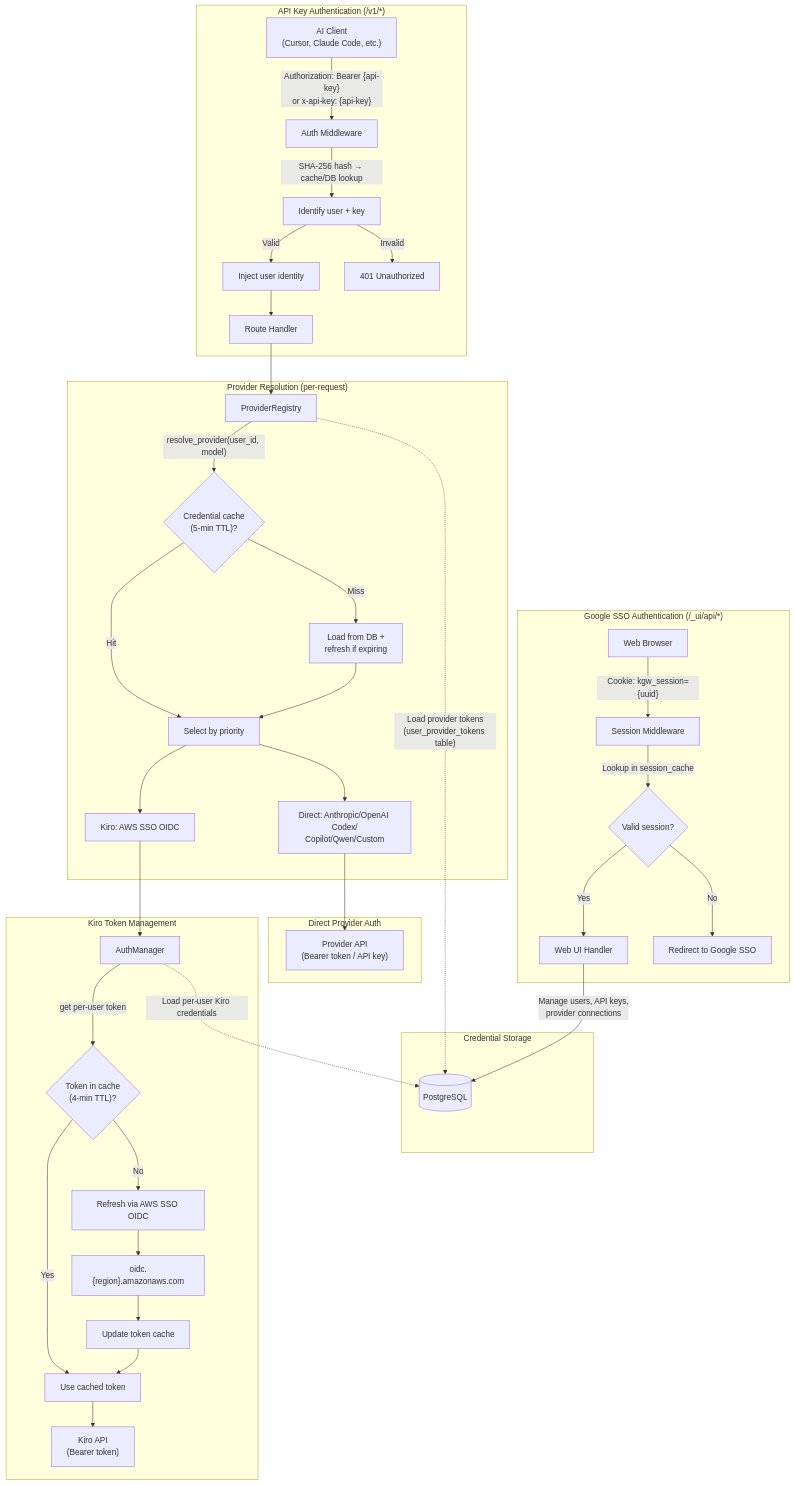
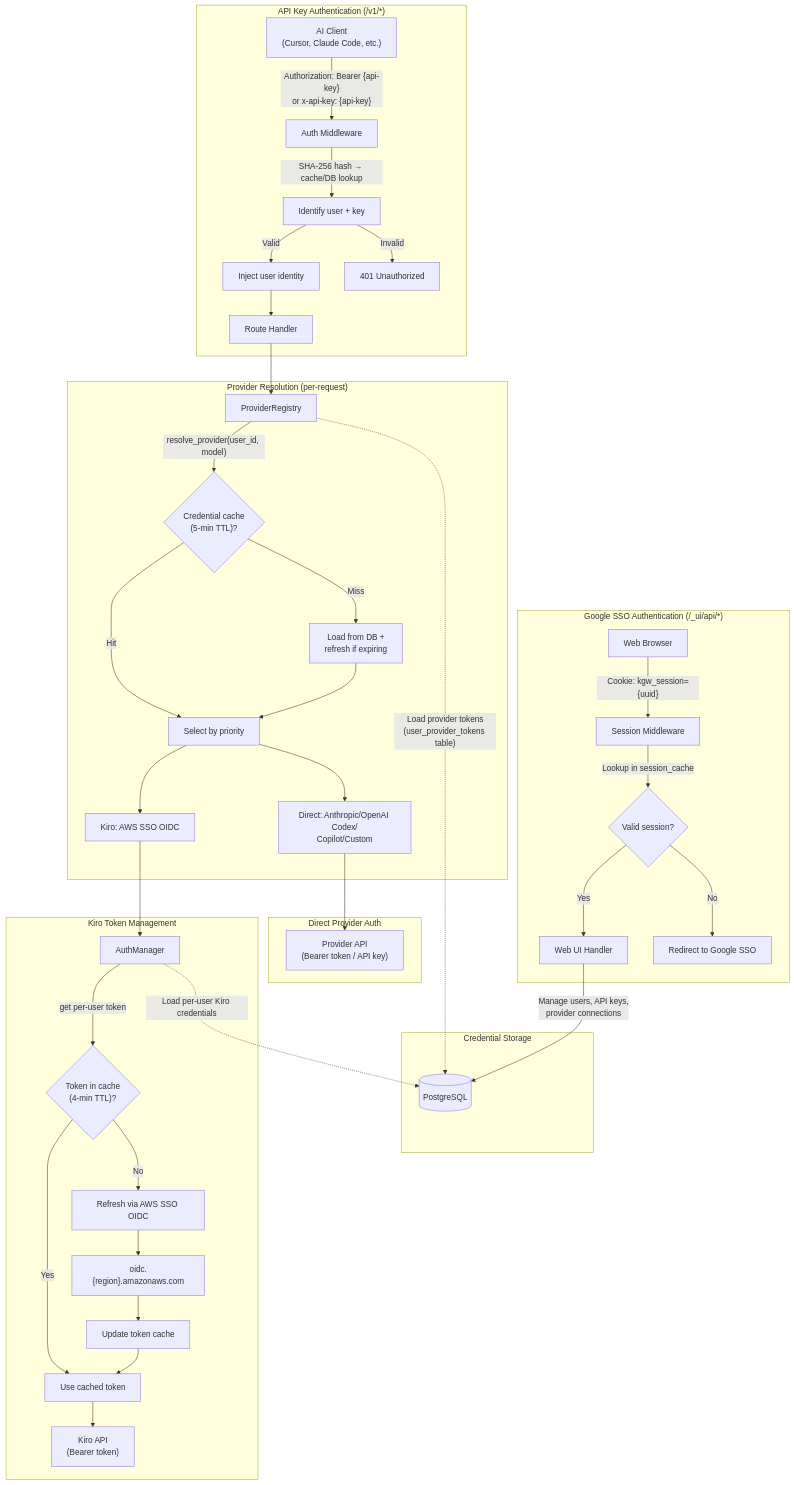
The second of 8 diagrams in gh-pages/docs/architecture/authentication.md (wongtsejian/rkgw), drawn with Mermaid before and after one commit. The commit also changed other lines of this file and 63 other files, not shown here.

````diff
--- a/gh-pages/docs/architecture/authentication.md
+++ b/gh-pages/docs/architecture/authentication.md
@@ -111,53 +111,53 @@
 ```mermaid
 flowchart TB
     subgraph ProxyAuth["API Key Authentication (/v1/*)"]
         CLIENT["AI Client<br/>(Cursor, Claude Code, etc.)"]
         MW["Auth Middleware"]
         CLIENT -->|"Authorization: Bearer {api-key}<br/>or x-api-key: {api-key}"| MW
         MW -->|"SHA-256 hash → cache/DB lookup"| LOOKUP["Identify user + key"]
         LOOKUP -->|Valid| INJECT["Inject user identity"]
         LOOKUP -->|Invalid| REJECT["401 Unauthorized"]
         INJECT --> HANDLER["Route Handler"]
     end
 
     subgraph WebAuth["Google SSO Authentication (/_ui/api/*)"]
         BROWSER["Web Browser"]
         SESSION["Session Middleware"]
         BROWSER -->|"Cookie: kgw_session={uuid}"| SESSION
         SESSION -->|"Lookup in session_cache"| SESSION_CHECK{"Valid session?"}
         SESSION_CHECK -->|Yes| WEBHANDLER["Web UI Handler"]
         SESSION_CHECK -->|No| LOGIN["Redirect to Google SSO"]
     end
 
     subgraph ProviderAuth["Provider Resolution (per-request)"]
         HANDLER --> REGISTRY["ProviderRegistry"]
         REGISTRY -->|"resolve_provider(user_id, model)"| PROV_CACHE{"Credential cache<br/>(5-min TTL)?"}
         PROV_CACHE -->|Hit| SELECT["Select by priority"]
         PROV_CACHE -->|Miss| LOAD_CREDS["Load from DB +<br/>refresh if expiring"]
         LOAD_CREDS --> SELECT
         SELECT --> KIRO_PATH["Kiro: AWS SSO OIDC"]
-        SELECT --> DIRECT_PATH["Direct: Anthropic/OpenAI Codex/<br/>Copilot/Qwen/Custom"]
+        SELECT --> DIRECT_PATH["Direct: Anthropic/OpenAI Codex/<br/>Copilot/Custom"]
     end
 
     subgraph BackendAuth["Kiro Token Management"]
         KIRO_PATH --> AUTHMGR["AuthManager"]
         AUTHMGR -->|"get per-user token"| TOKEN_CACHE{"Token in cache<br/>(4-min TTL)?"}
         TOKEN_CACHE -->|Yes| USE_TOKEN["Use cached token"]
         TOKEN_CACHE -->|No| REFRESH["Refresh via AWS SSO OIDC"]
         REFRESH --> OIDC["oidc.{region}.amazonaws.com"]
         OIDC --> UPDATE["Update token cache"]
         UPDATE --> USE_TOKEN
         USE_TOKEN --> KIRO["Kiro API<br/>(Bearer token)"]
     end
 
     subgraph DirectAuth["Direct Provider Auth"]
         DIRECT_PATH --> PROVIDER_API["Provider API<br/>(Bearer token / API key)"]
     end
 
     subgraph Storage["Credential Storage"]
         PG[("PostgreSQL")]
         AUTHMGR -.->|"Load per-user Kiro credentials"| PG
         REGISTRY -.->|"Load provider tokens<br/>(user_provider_tokens table)"| PG
         WEBHANDLER -->|"Manage users, API keys,<br/>provider connections"| PG
     end
 ```
````
